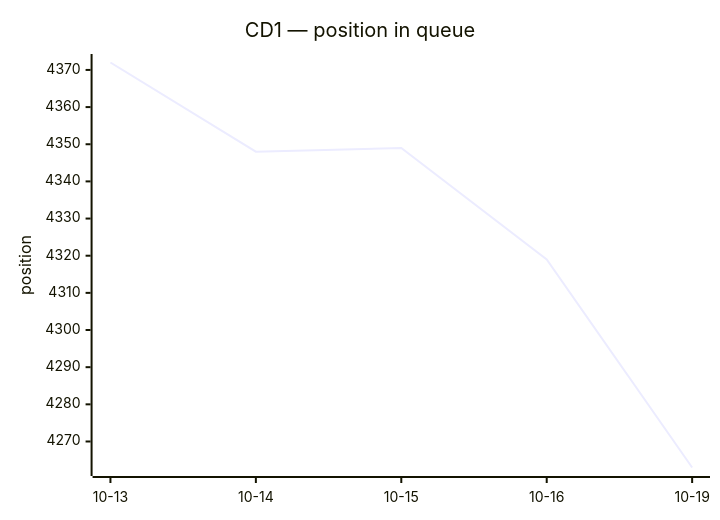
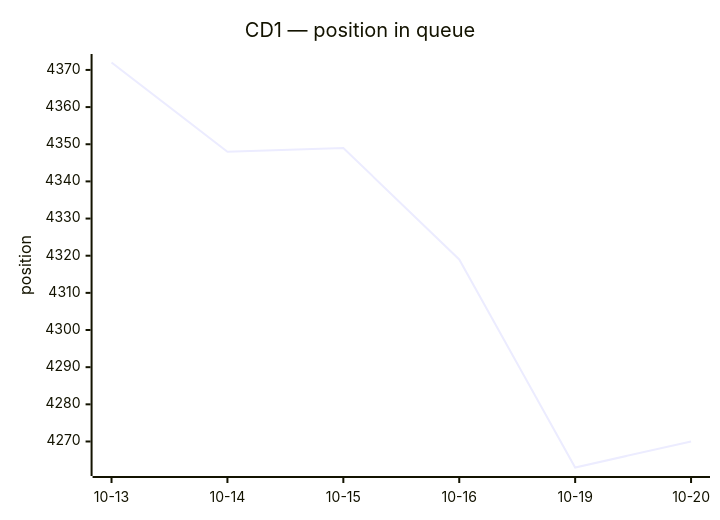
The second of 2 diagrams in queue/README.md (thyarles/thyarles), drawn with Mermaid before and after one commit. The commit also changed other lines of this file and 4 other files, not shown here.

````diff
--- a/queue/README.md
+++ b/queue/README.md
@@ -101,7 +101,7 @@
 ```mermaid
 xychart-beta
   title "CD1 — position in queue"
-  x-axis ["10-13", "10-14", "10-15", "10-16", "10-19"]
+  x-axis ["10-13", "10-14", "10-15", "10-16", "10-19", "10-20"]
   y-axis "position"
-  line [4372, 4348, 4349, 4319, 4263]
+  line [4372, 4348, 4349, 4319, 4263, 4270]
 ```
````
